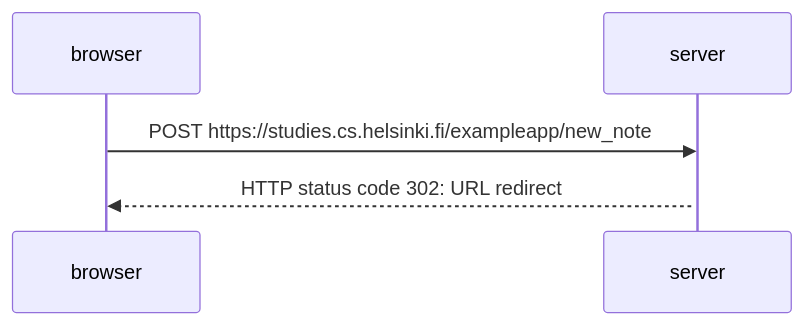
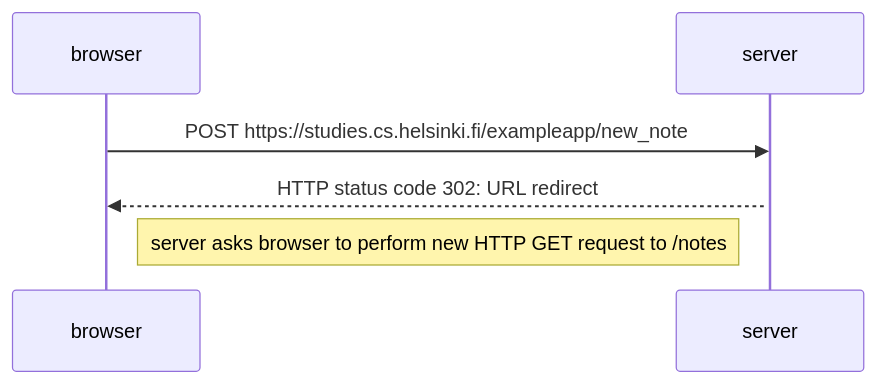
The diagram in part0/exercise0-4.md (valli259/Fullstack-exercises), drawn with Mermaid before and after one commit.

````diff
--- a/part0/exercise0-4.md
+++ b/part0/exercise0-4.md
@@ -1,8 +1,9 @@
 ```mermaid
   sequenceDiagram
     participant browser
     participant server
     browser->>server: POST https://studies.cs.helsinki.fi/exampleapp/new_note
 activate server
 server-->>browser: HTTP status code 302: URL redirect
+Note right of browser: server asks browser to perform new HTTP GET request to /notes
 ```
````
